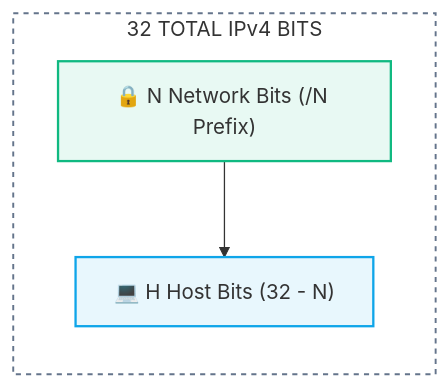
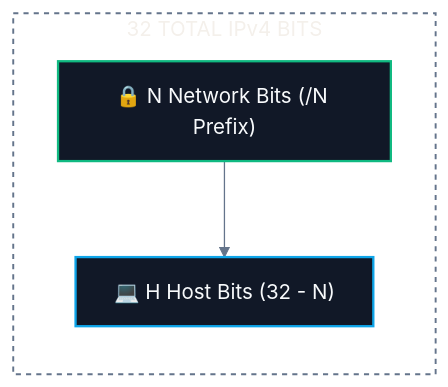
Before and after one commit to abhinavbharti2345/CS_Notes: the second of 2 diagrams in CS/Computer Networking/03. IP Addressing & Subnetting/03. Subnet Masks and CIDR Notation.md, drawn with Mermaid. The commit also changed other lines of this file and 195 other files, not shown here.

````diff
--- a/CS/Computer Networking/03. IP Addressing & Subnetting/03. Subnet Masks and CIDR Notation.md
+++ b/CS/Computer Networking/03. IP Addressing & Subnetting/03. Subnet Masks and CIDR Notation.md
@@ -71,17 +72,18 @@
 ```mermaid
+%%{init: {'theme': 'base', 'themeVariables': { 'darkMode': true, 'background': '#0B0F14', 'mainBkg': '#111827', 'primaryColor': '#111827', 'primaryTextColor': '#F8FAFC', 'primaryBorderColor': '#38BDF8', 'lineColor': '#64748B', 'secondaryColor': '#0B0F14', 'tertiaryColor': '#0B0F14', 'clusterBkg': '#0B0F14', 'clusterBorder': '#38BDF8' }}}%%
 flowchart TD
     subgraph TotalBits["32 TOTAL IPv4 BITS"]
         direction TD
         N["🔒 N Network Bits (/N Prefix)"]
         H["💻 H Host Bits (32 - N)"]
         N --> H
     end
 
     style TotalBits fill:none,stroke:#64748b,stroke-width:1.5px,stroke-dasharray:4 4
 
-    classDef n fill:#10b98118,stroke:#10b981,stroke-width:1.8px;
-    classDef h fill:#0ea5e918,stroke:#0ea5e9,stroke-width:1.8px;
+    classDef n fill:#111827,stroke:#10b981,stroke-width:1.8px,color:#F8FAFC;
+    classDef h fill:#111827,stroke:#0ea5e9,stroke-width:1.8px,color:#F8FAFC;
 
     class N n;
     class H h;
 ```
````
